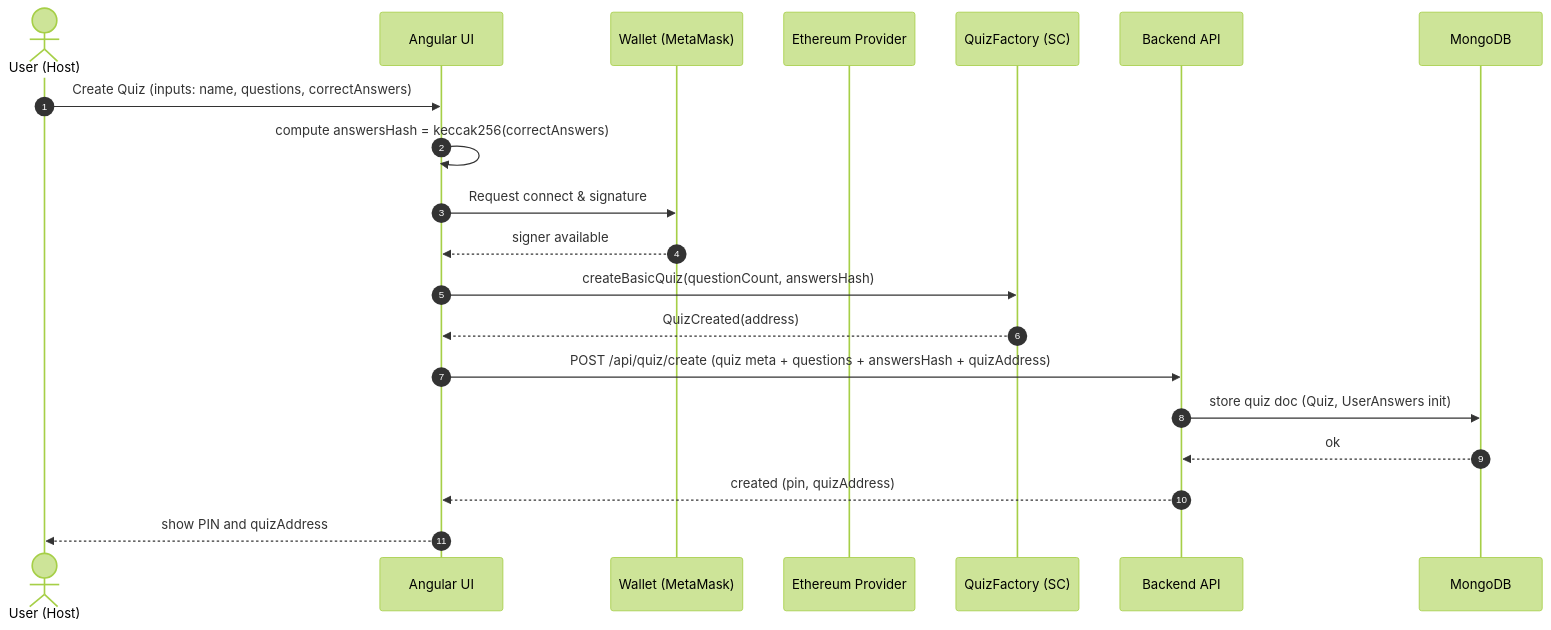
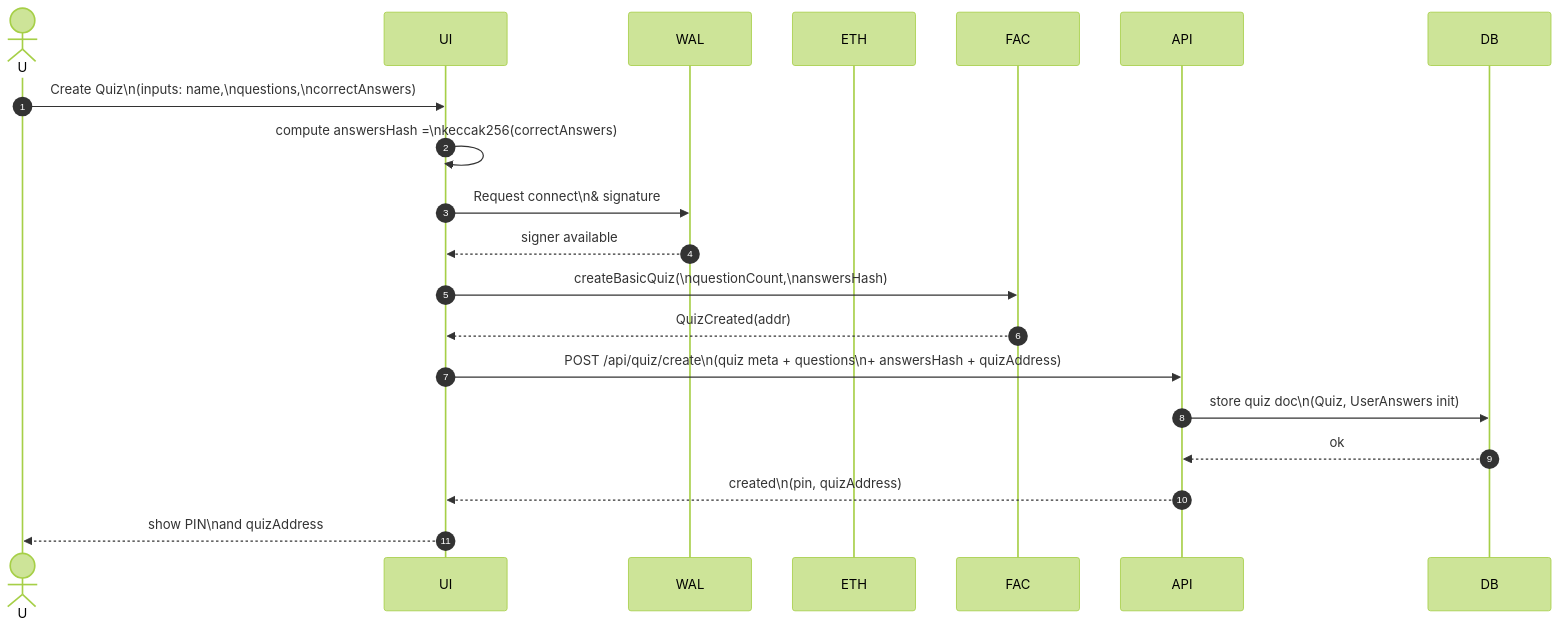
The sixth of 8 diagrams in frontend-readme.md (ian12-21/QuizApp-Frontend), drawn with Mermaid (forest theme) before and after one commit. The commit also changed other lines of this file, not shown here.

````diff
--- a/frontend-readme.md
+++ b/frontend-readme.md
@@ -137,23 +137,23 @@
 ```mermaid
 sequenceDiagram
     autonumber
-    actor U as User (Host)
-    participant UI as Angular UI
-    participant WAL as Wallet (MetaMask)
-    participant ETH as Ethereum Provider
-    participant FAC as QuizFactory (SC)
-    participant API as Backend API
-    participant DB as MongoDB
+    actor U as U
+    participant UI as UI
+    participant WAL as WAL
+    participant ETH as ETH
+    participant FAC as FAC
+    participant API as API
+    participant DB as DB
 
-    U->>UI: Create Quiz (inputs: name, questions, correctAnswers)
-    UI->>UI: compute answersHash = keccak256(correctAnswers)
-    UI->>WAL: Request connect & signature
+    U->>UI: Create Quiz\n(inputs: name,\nquestions,\ncorrectAnswers)
+    UI->>UI: compute answersHash =\nkeccak256(correctAnswers)
+    UI->>WAL: Request connect\n& signature
     WAL-->>UI: signer available
-    UI->>FAC: createBasicQuiz(questionCount, answersHash)
-    FAC-->>UI: QuizCreated(address)
-    UI->>API: POST /api/quiz/create (quiz meta + questions + answersHash + quizAddress)
-    API->>DB: store quiz doc (Quiz, UserAnswers init)
+    UI->>FAC: createBasicQuiz(\nquestionCount,\nanswersHash)
+    FAC-->>UI: QuizCreated(addr)
+    UI->>API: POST /api/quiz/create\n(quiz meta + questions\n+ answersHash + quizAddress)
+    API->>DB: store quiz doc\n(Quiz, UserAnswers init)
     DB-->>API: ok
-    API-->>UI: created (pin, quizAddress)
-    UI-->>U: show PIN and quizAddress
+    API-->>UI: created\n(pin, quizAddress)
+    UI-->>U: show PIN\nand quizAddress
 ```
````
